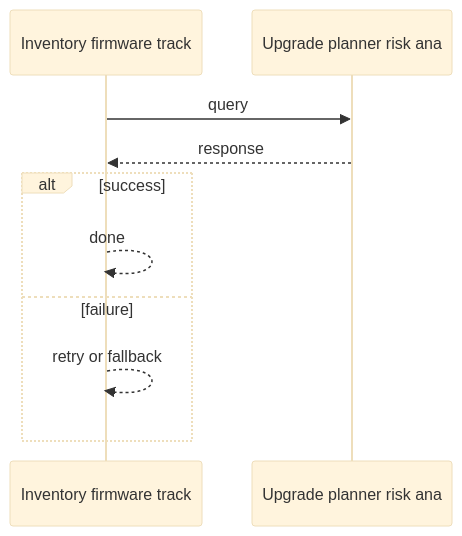
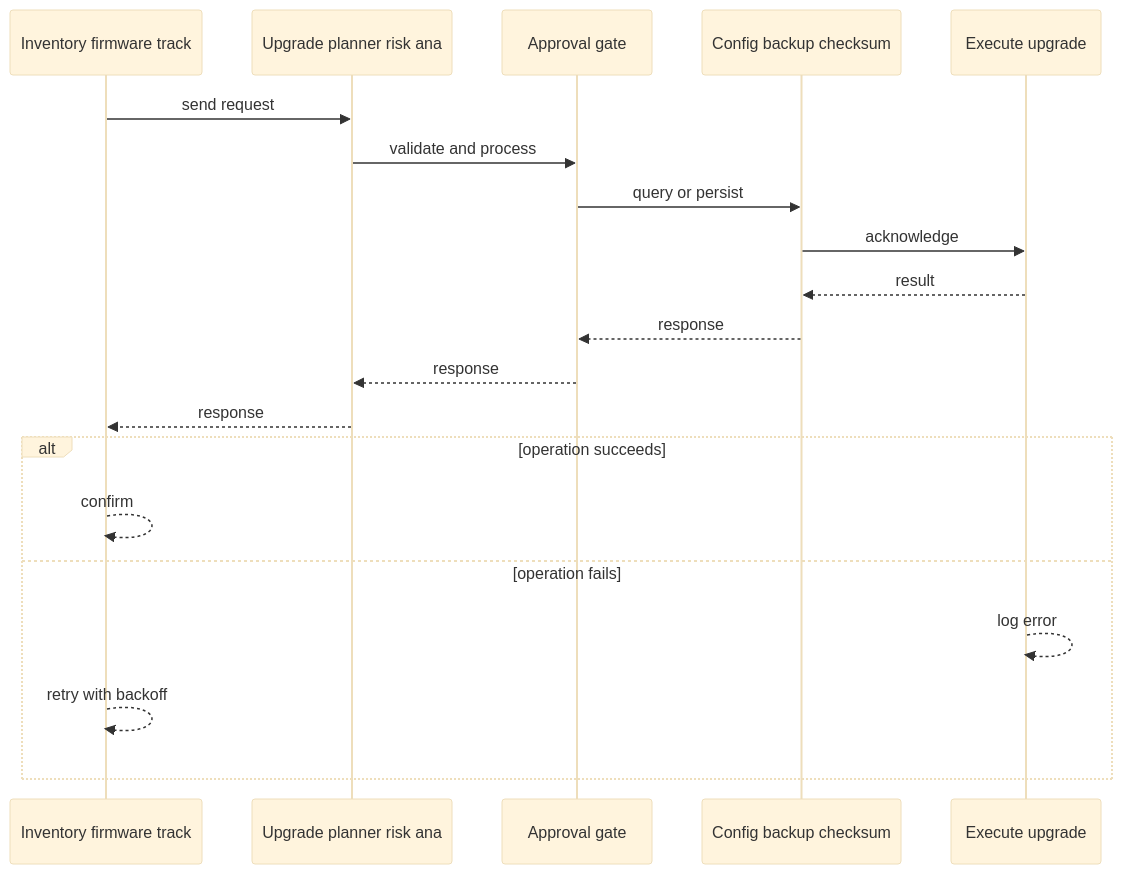
The second of 4 diagrams in case-studies/network-ai-systems/device-upgrade-management.md (RIT-MESH/system-design-mastery), drawn with Mermaid (base theme) before and after one commit. The commit also changed other lines of this file and 64 other files, not shown here.

````diff
--- a/case-studies/network-ai-systems/device-upgrade-management.md
+++ b/case-studies/network-ai-systems/device-upgrade-management.md
@@ -88,13 +76,23 @@
 ```mermaid
 %% created-for: system-design-mastery
 sequenceDiagram
-  participant P0 as Inventory firmware track
-  participant P1 as Upgrade planner risk ana
-  P0 ->> P1: query
-  P1 -->> P0: response
-  alt success
-    P0 -->> P0: done
-  else failure
-    P0 -->> P0: retry or fallback
+  participant C0 as Inventory firmware track
+  participant C1 as Upgrade planner risk ana
+  participant C2 as Approval gate
+  participant C3 as Config backup checksum
+  participant C4 as Execute upgrade
+  C0 ->> C1: send request
+  C1 ->> C2: validate and process
+  C2 ->> C3: query or persist
+  C3 ->> C4: acknowledge
+  C4 -->> C3: result
+  C3 -->> C2: response
+  C2 -->> C1: response
+  C1 -->> C0: response
+  alt operation succeeds
+    C0 -->> C0: confirm
+  else operation fails
+    C4 -->> C4: log error
+    C0 -->> C0: retry with backoff
   end
 ```
````
